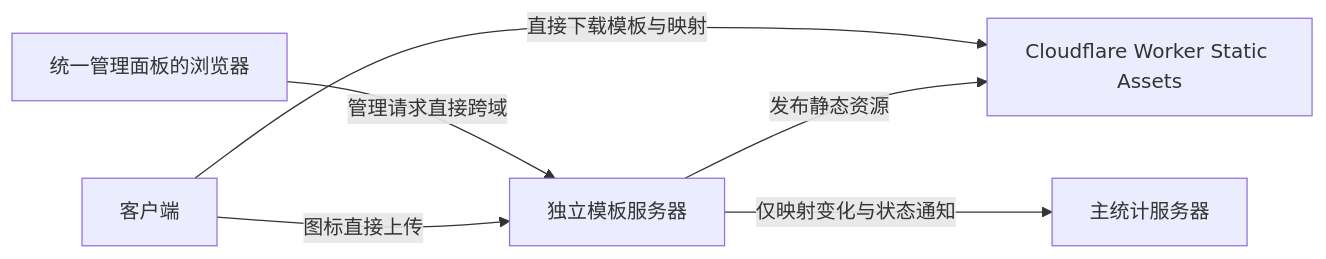
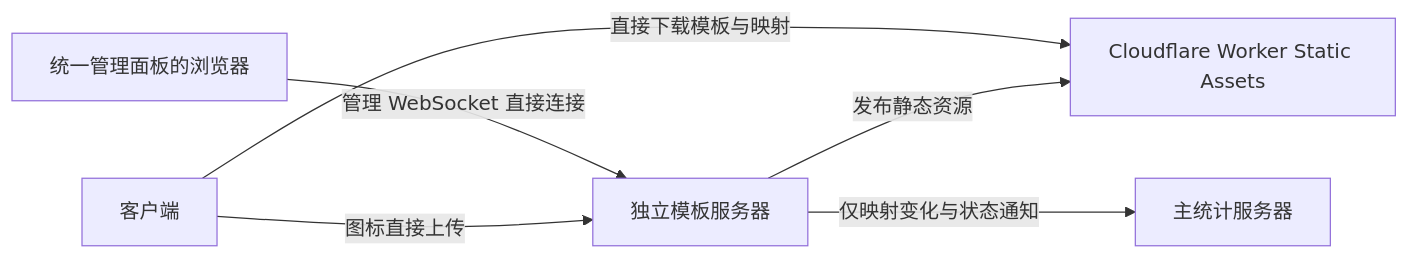
One commit to wess09/AzurPilotTemplateServer changed the diagram in README.md. Above: the diagram before and after it, drawn with Mermaid. The commit also changed other lines of this file and 13 other files, not shown here.

Commit message:
feat: 模板管理改用直连 WebSocket 并移除 REST 管理

````diff
--- a/README.md
+++ b/README.md
@@ -11,8 +11,8 @@
 ```mermaid
 flowchart LR
   C[客户端] -->|图标直接上传| T[独立模板服务器]
-  A[统一管理面板的浏览器] -->|管理请求直接跨域| T
+  A[统一管理面板的浏览器] -->|管理 WebSocket 直接连接| T
   T -->|发布静态资源| W[Cloudflare Worker Static Assets]
   C -->|直接下载模板与映射| W
   T -->|仅映射变化与状态通知| M[主统计服务器]
 ```
````
